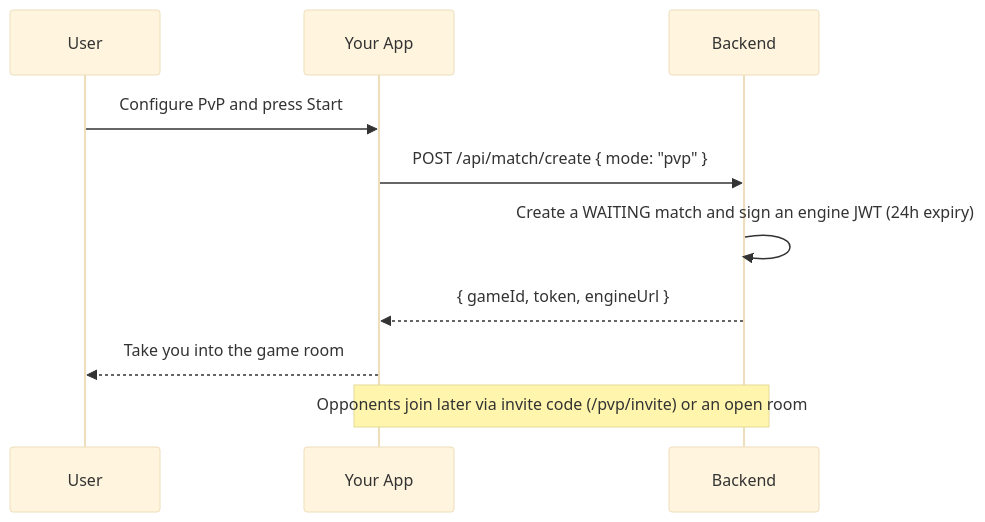
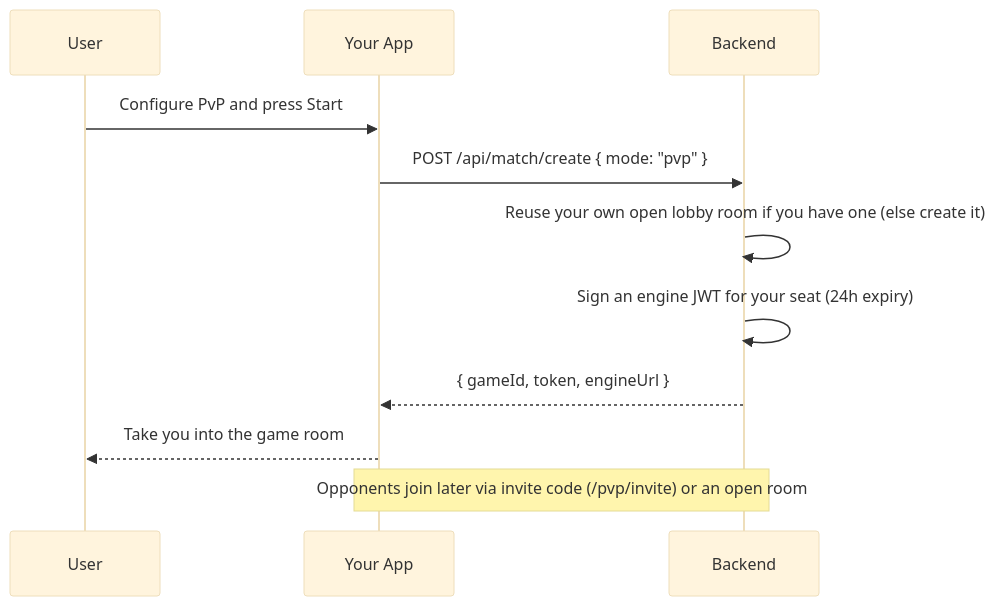
The first of 4 diagrams in docs/backend/backend-match-module.md (J00ZzZ/ft_transcendence), drawn with Mermaid (base theme) before and after one commit. The commit also changed other lines of this file and 30 other files, not shown here.

Commit message:
Security Fix: Updated security on sockets used by engine. Now no longer left idle. Docs: Updated docs to match current state of code.

````diff
--- a/docs/backend/backend-match-module.md
+++ b/docs/backend/backend-match-module.md
@@ -142,13 +158,14 @@
 ```mermaid
 sequenceDiagram
     participant User
     participant Site as Your App
     participant Server as Backend
 
     User->>Site: Configure PvP and press Start
     Site->>Server: POST /api/match/create { mode: "pvp" }
-    Server->>Server: Create a WAITING match and sign an engine JWT (24h expiry)
+    Server->>Server: Reuse your own open lobby room if you have one (else create it)
+    Server->>Server: Sign an engine JWT for your seat (24h expiry)
     Server-->>Site: { gameId, token, engineUrl }
     Site-->>User: Take you into the game room
     Note over Site,Server: Opponents join later via invite code (/pvp/invite) or an open room
 ```
````
